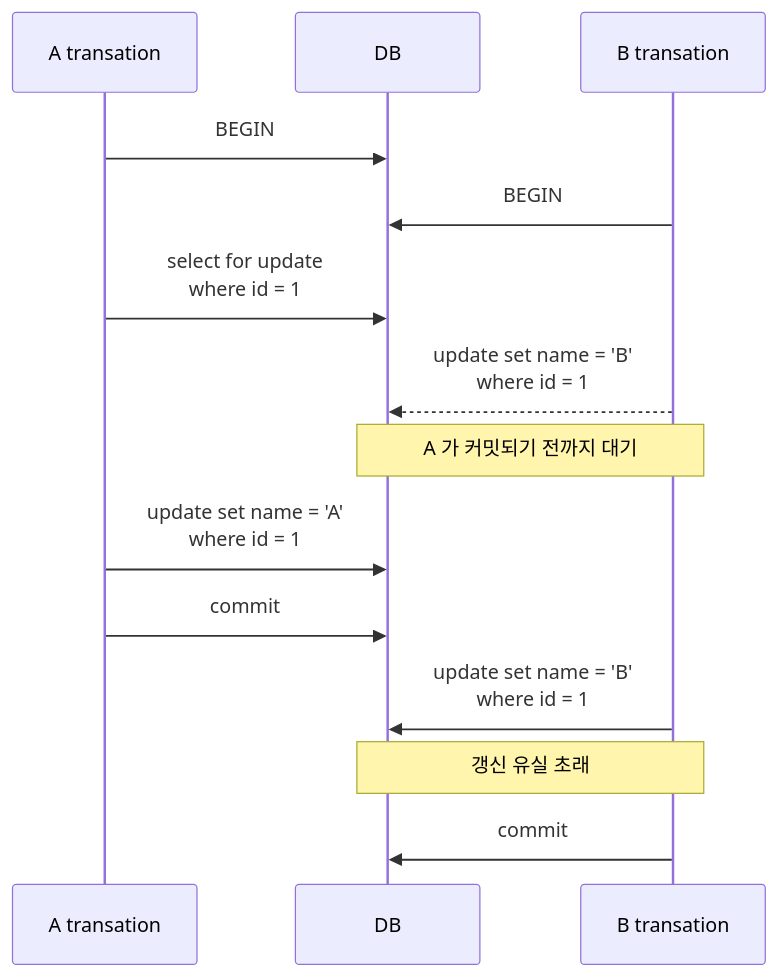
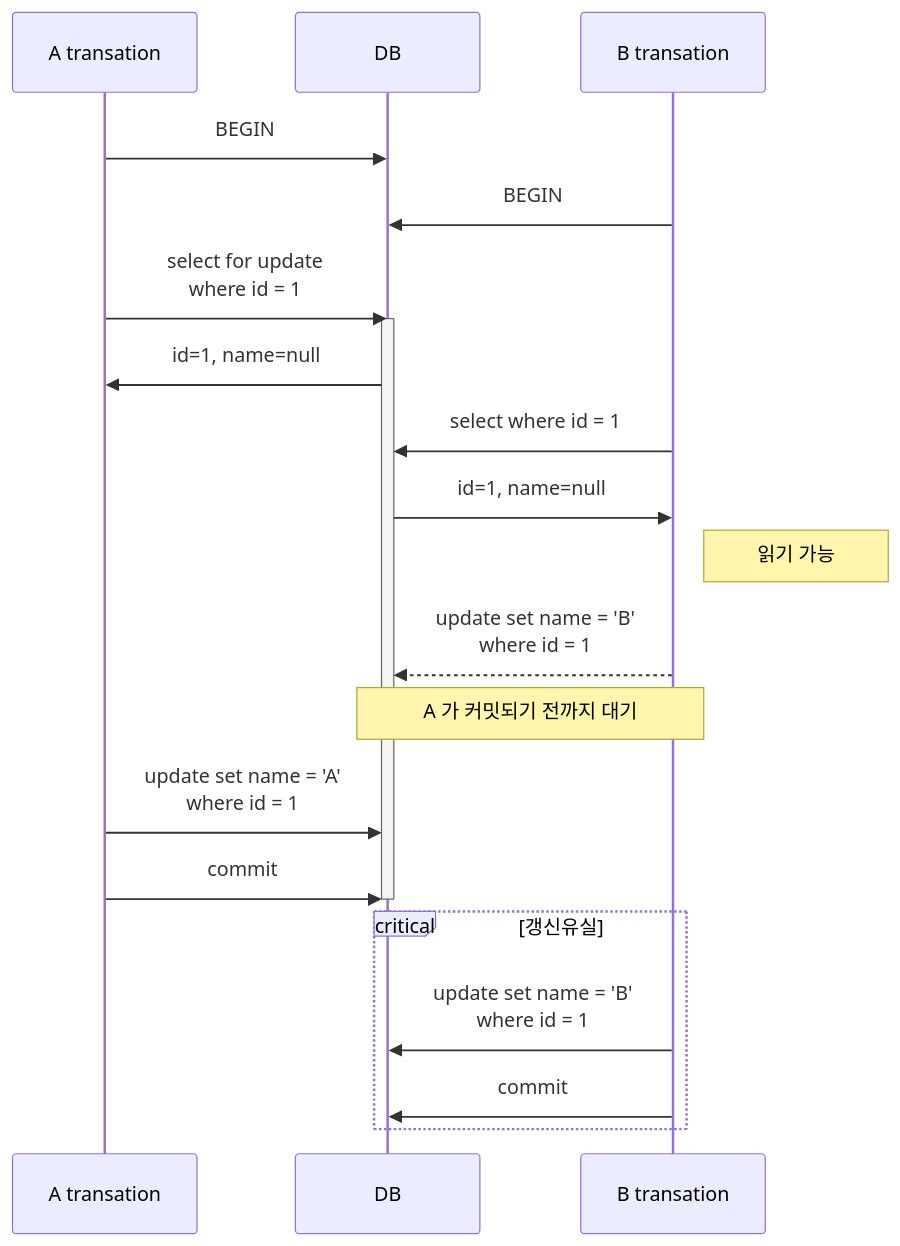
Before and after one commit to songkg7/haril-vault: the first of 4 diagrams in 3_Resource/select for update in PostgreSQL.md, drawn with Mermaid. The commit also changed other lines of this file and 1 other file, not shown here.

````diff
--- a/3_Resource/select for update in PostgreSQL.md
+++ b/3_Resource/select for update in PostgreSQL.md
@@ -25,16 +32,23 @@
 ```mermaid
 sequenceDiagram
     participant A as A transation
     participant DB
     participant B as B transation
     A->>DB: BEGIN
     B->>DB: BEGIN
     A->>DB: select for update<br/>where id = 1
+    activate DB
+    DB->>A: id=1, name=null
+    B->>DB: select where id = 1
+    DB->>B: id=1, name=null
+    Note right of B: 읽기 가능
     B-->>DB: update set name = 'B'<br/>where id = 1
     Note over B,DB: A 가 커밋되기 전까지 대기
     A->>DB: update set name = 'A'<br/>where id = 1
     A->>DB: commit
-    B->>DB: update set name = 'B'<br/>where id = 1
-    Note over B,DB: 갱신 유실 초래
-    B->>DB: commit
+    deactivate DB
+    critical 갱신유실
+        B->>DB: update set name = 'B'<br/>where id = 1
+        B->>DB: commit
+    end
 ```
````
